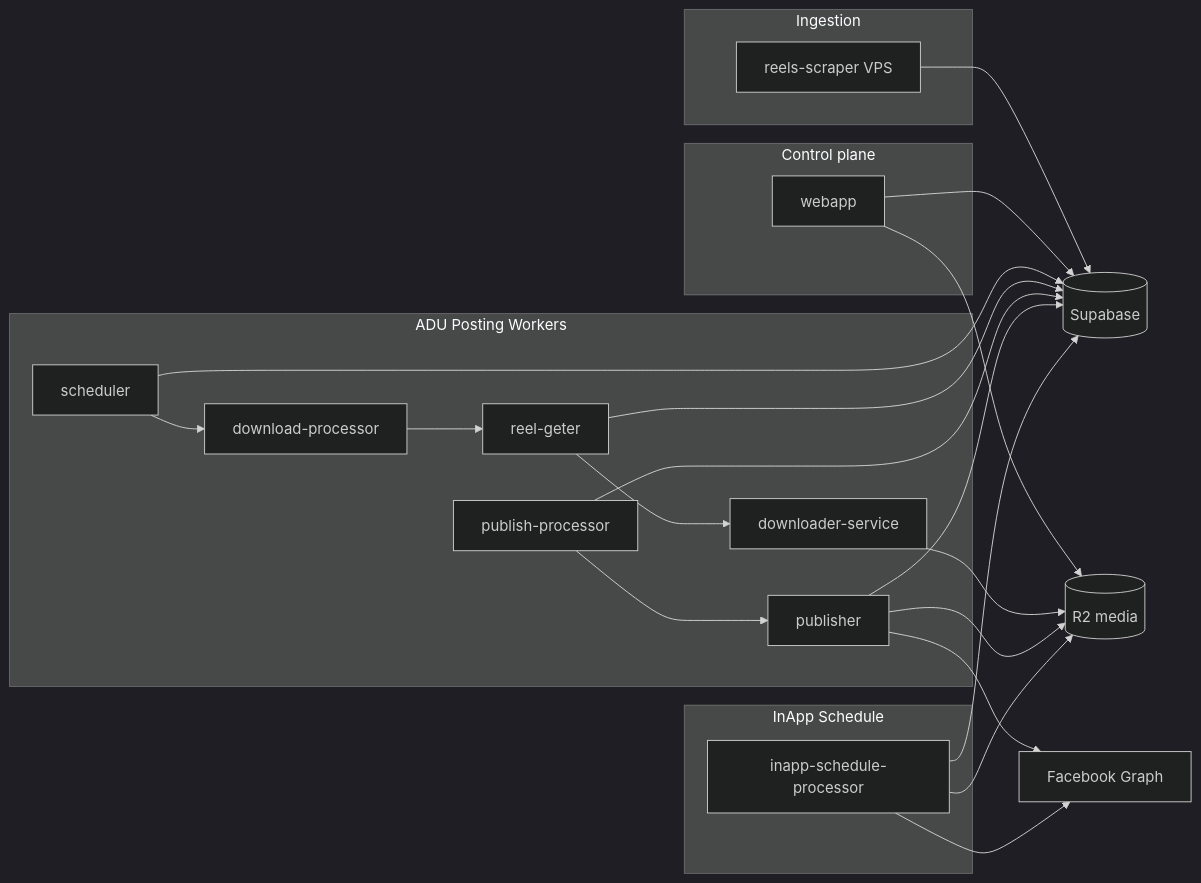
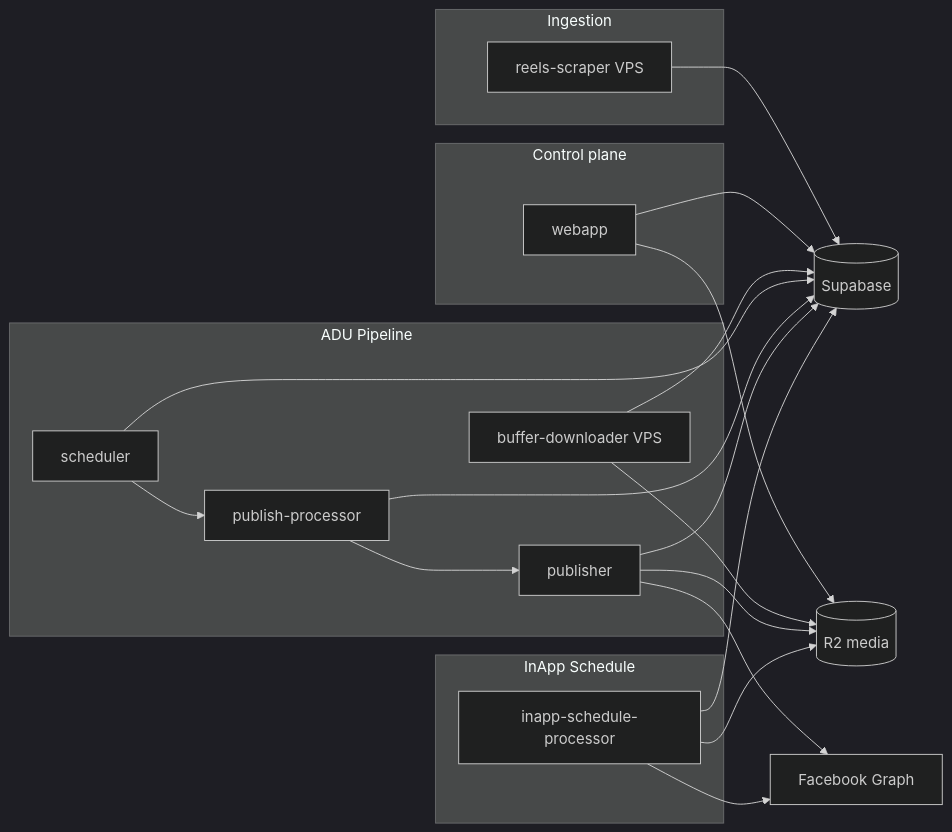
Before and after one commit to Velocta/fbuploadpro: the diagram in documentation/architecture/system-overview.md, drawn with Mermaid (dark theme). The commit also changed other lines of this file and 688 other files, not shown here.

Commit message:
feat: expand agent knowledge base with extensive architecture rules and documentation while updating backend Facebook services and webapp components.

````diff
--- a/documentation/architecture/system-overview.md
+++ b/documentation/architecture/system-overview.md
@@ -71,41 +69,37 @@
 ```mermaid
 flowchart LR
   subgraph ingest [Ingestion]
     Scraper[reels-scraper VPS]
   end
   subgraph control [Control plane]
     Webapp[webapp]
   end
-  subgraph adu [ADU Posting Workers]
+  subgraph adu [ADU Pipeline]
+    BufferDL[buffer-downloader VPS]
     Scheduler[scheduler]
-    DownloadProc[download-processor]
-    ReelGeter[reel-geter]
-    Downloader[downloader-service]
     PublishProc[publish-processor]
     Publisher[publisher]
   end
   subgraph inapp [InApp Schedule]
     InappProcessor[inapp-schedule-processor]
   end
   DB[(Supabase)]
   R2[(R2 media)]
   FB[Facebook Graph]
 
   Scraper --> DB
   Webapp --> DB
   Webapp --> R2
+  BufferDL --> R2
+  BufferDL --> DB
   Scheduler --> DB
-  Scheduler --> DownloadProc
-  DownloadProc --> ReelGeter
-  ReelGeter --> Downloader
-  Downloader --> R2
-  ReelGeter --> DB
+  Scheduler --> PublishProc
   PublishProc --> DB
   PublishProc --> Publisher
   Publisher --> R2
   Publisher --> FB
   Publisher --> DB
   InappProcessor --> DB
   InappProcessor --> R2
   InappProcessor --> FB
 ```
````
